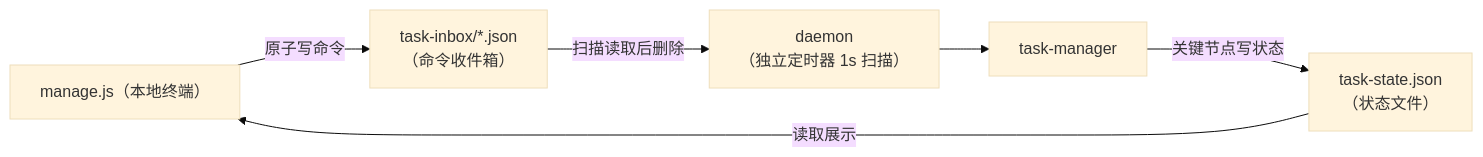
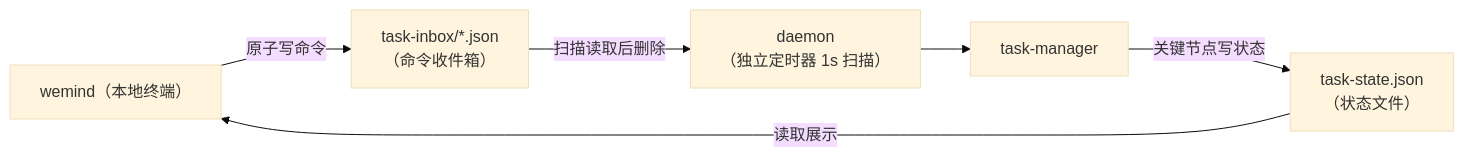
Before and after one commit to imwangpan/WeMind: the third of 3 diagrams in docs/repowiki/07-远程任务-Worker.md, drawn with Mermaid (base theme). The commit also changed other lines of this file and 10 other files, not shown here.

Commit message:
docs: 同步 manage.js → wemind（CLI 化命令）+ 加 wemind/cli.js 两种形态说明

````diff
--- a/docs/repowiki/07-远程任务-Worker.md
+++ b/docs/repowiki/07-远程任务-Worker.md
@@ -129,14 +129,14 @@
 ```mermaid
 graph LR
-    CLI["manage.js（本地终端）"]
+    CLI["wemind（本地终端）"]
     INBOX["task-inbox/*.json<br/>（命令收件箱）"]
     STATE["task-state.json<br/>（状态文件）"]
     DM["daemon<br/>（独立定时器 1s 扫描）"]
     TM["task-manager"]
 
     CLI -->|原子写命令| INBOX
     INBOX -->|扫描读取后删除| DM
     DM --> TM
     TM -->|关键节点写状态| STATE
     STATE -->|读取展示| CLI
 ```
````
